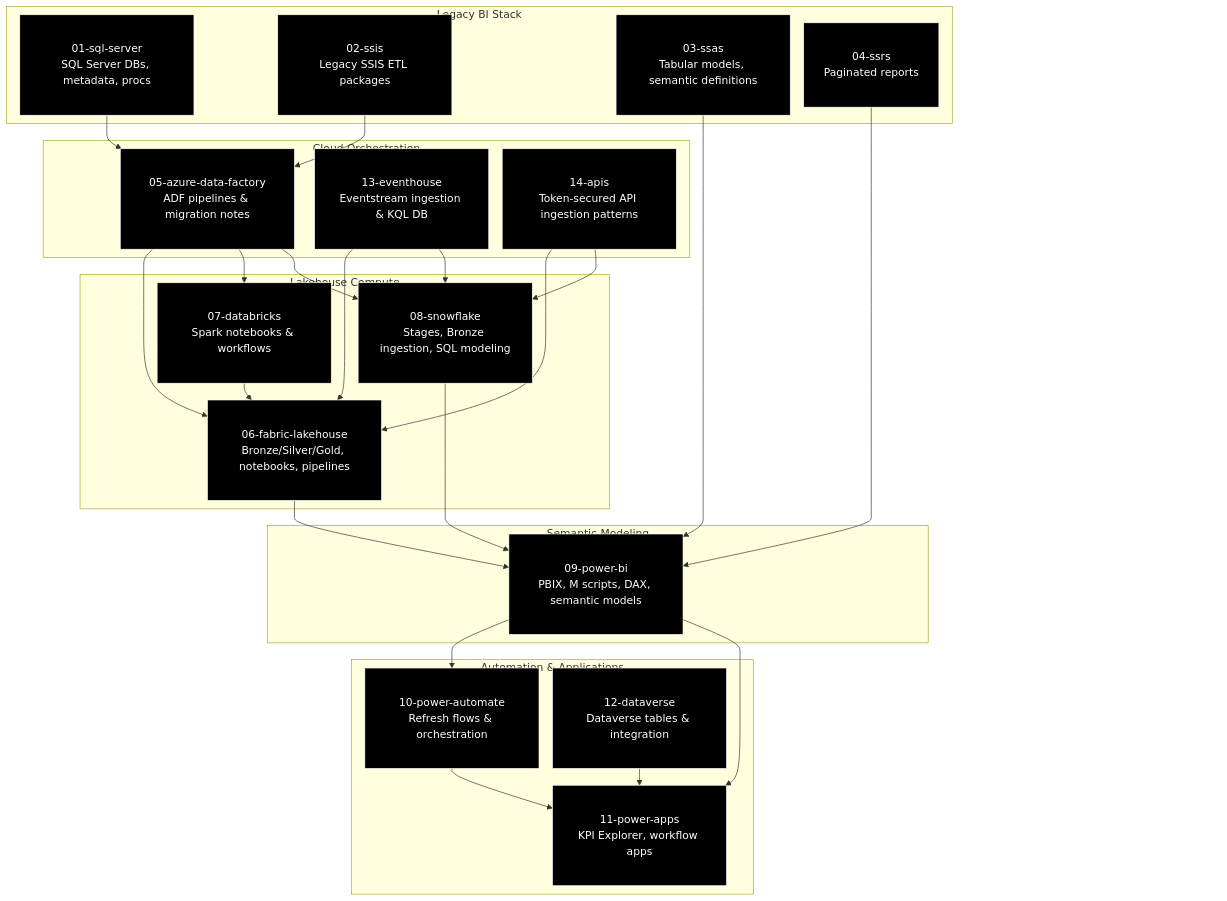
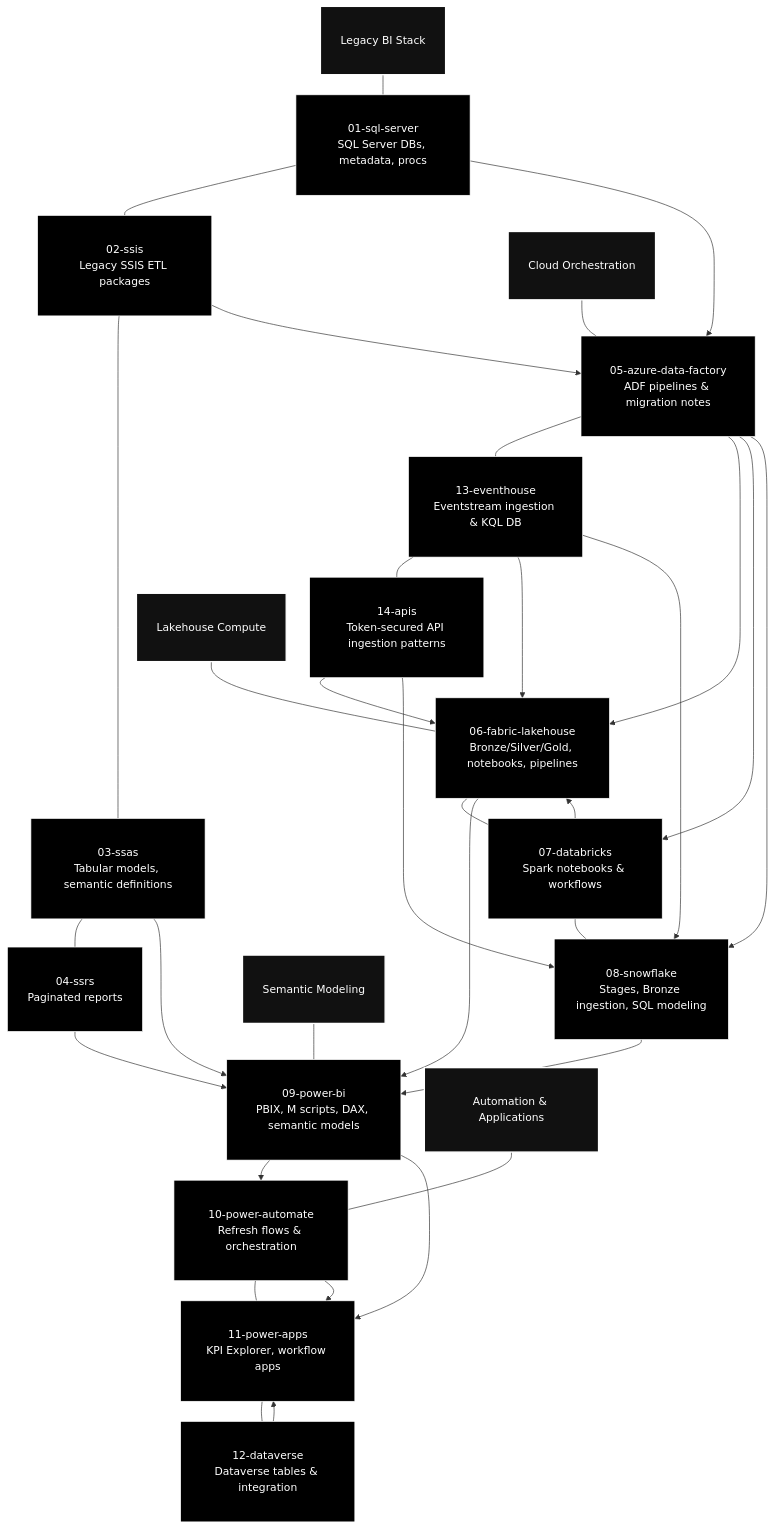
One commit to michaelraylloyd/gulf-to-bay-analytics-modernization changed the diagram in docs/README.md. Above: the diagram before and after it, drawn with Mermaid.

Commit message:
Expanded SQL Server modernization narrative; added GTB-aligned documentation and DBA toolkit headers

````diff
--- a/docs/README.md
+++ b/docs/README.md
@@ -573,51 +573,78 @@
 ```mermaid
-%%{init: {'flowchart': {'nodeSpacing': 20, 'rankSpacing': 25}}}%%
+%%{init: {'flowchart': {'nodeSpacing': 35, 'rankSpacing': 30}}}%%
 
 flowchart TB
 
 classDef dark fill:#000000,stroke:#ffffff,stroke-width:1px,color:#ffffff,padding:10px;
-classDef spacer fill:#0000,stroke:#0000,color:#0000;
+classDef header fill:#111111,stroke:#ffffff,stroke-width:2px,color:#ffffff,padding:12px;
 
+%% ---------------------------------
 %% L1 — Legacy BI Stack
-L1_PAD[" "]:::spacer
-subgraph L1[Legacy BI Stack]
-    SQL[01-sql-server<br/>SQL Server DBs, metadata, procs]:::dark
-    SSIS[02-ssis<br/>Legacy SSIS ETL packages]:::dark
-    SSAS[03-ssas<br/>Tabular models, semantic definitions]:::dark
-    SSRS[04-ssrs<br/>Paginated reports]:::dark
-end
+%% ---------------------------------
+L1_HDR["Legacy BI Stack"]:::header
 
+SQL[01-sql-server<br/>SQL Server DBs, metadata, procs]:::dark
+SSIS[02-ssis<br/>Legacy SSIS ETL packages]:::dark
+SSAS[03-ssas<br/>Tabular models, semantic definitions]:::dark
+SSRS[04-ssrs<br/>Paginated reports]:::dark
+
+%% invisible horizontal grouping
+L1_HDR --- SQL
+SQL --- SSIS
+SSIS --- SSAS
+SSAS --- SSRS
+
+%% ---------------------------------
 %% L2 — Cloud Orchestration
-L2_PAD[" "]:::spacer
-subgraph L2[Cloud Orchestration]
-    ADF[05-azure-data-factory<br/>ADF pipelines & migration notes]:::dark
-    EVENT[13-eventhouse<br/>Eventstream ingestion & KQL DB]:::dark
-    APIS[14-apis<br/>Token-secured API ingestion patterns]:::dark
-end
+%% ---------------------------------
+L2_HDR["Cloud Orchestration"]:::header
 
+ADF[05-azure-data-factory<br/>ADF pipelines & migration notes]:::dark
+EVENT[13-eventhouse<br/>Eventstream ingestion & KQL DB]:::dark
+APIS[14-apis<br/>Token-secured API ingestion patterns]:::dark
+
+L2_HDR --- ADF
+ADF --- EVENT
+EVENT --- APIS
+
+%% ---------------------------------
 %% L3 — Lakehouse Compute
-L3_PAD[" "]:::spacer
-subgraph L3[Lakehouse Compute]
-    FAB[06-fabric-lakehouse<br/>Bronze/Silver/Gold, notebooks, pipelines]:::dark
-    DBX[07-databricks<br/>Spark notebooks & workflows]:::dark
-    SNOW[08-snowflake<br/>Stages, Bronze ingestion, SQL modeling]:::dark
-end
+%% ---------------------------------
+L3_HDR["Lakehouse Compute"]:::header
 
+FAB[06-fabric-lakehouse<br/>Bronze/Silver/Gold, notebooks, pipelines]:::dark
+DBX[07-databricks<br/>Spark notebooks & workflows]:::dark
+SNOW[08-snowflake<br/>Stages, Bronze ingestion, SQL modeling]:::dark
+
+L3_HDR --- FAB
+FAB --- DBX
+DBX --- SNOW
+
+%% ---------------------------------
 %% L4 — Semantic Modeling
-L4_PAD[" "]:::spacer
-subgraph L4[Semantic Modeling]
-    PBI[09-power-bi<br/>PBIX, M scripts, DAX, semantic models]:::dark
-end
+%% ---------------------------------
+L4_HDR["Semantic Modeling"]:::header
 
+PBI[09-power-bi<br/>PBIX, M scripts, DAX, semantic models]:::dark
+
+L4_HDR --- PBI
+
+%% ---------------------------------
 %% L5 — Automation & Applications
-L5_PAD[" "]:::spacer
-subgraph L5[Automation & Applications]
-    PA[10-power-automate<br/>Refresh flows & orchestration]:::dark
-    APPS[11-power-apps<br/>KPI Explorer, workflow apps]:::dark
-    DV[12-dataverse<br/>Dataverse tables & integration]:::dark
-end
+%% ---------------------------------
+L5_HDR["Automation & Applications"]:::header
 
-%% FLOWS
+PA[10-power-automate<br/>Refresh flows & orchestration]:::dark
+APPS[11-power-apps<br/>KPI Explorer, workflow apps]:::dark
+DV[12-dataverse<br/>Dataverse tables & integration]:::dark
+
+L5_HDR --- PA
+PA --- APPS
+APPS --- DV
+
+%% ---------------------------------
+%% FLOWS (unchanged)
+%% ---------------------------------
 SQL --> ADF
 SSIS --> ADF
 SSAS --> PBI
````
